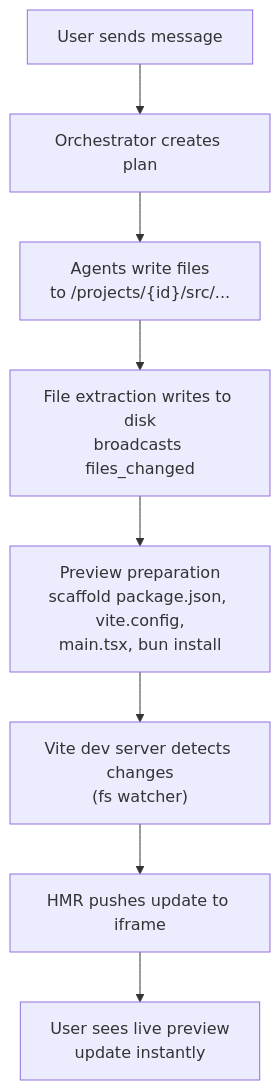
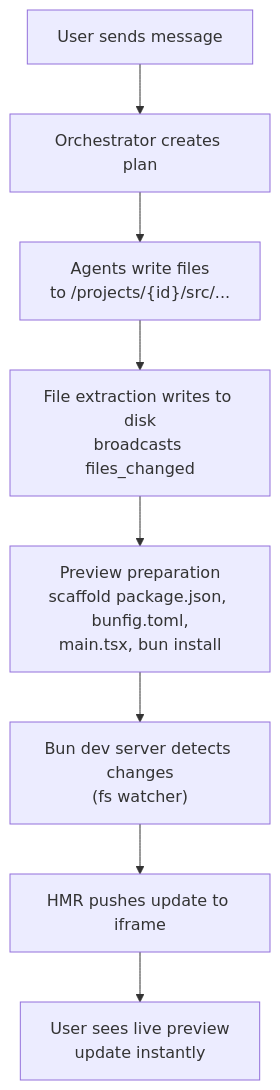
One commit to anthonybaldwin/page-gen changed the diagram in docs/wiki/HMR-Preview.md. Above: the diagram before and after it, drawn with Mermaid. The commit also changed other lines of this file and 10 other files, not shown here.

First line of the commit message:
docs(wiki): update all Vite/Vitest references to Bun

````diff
--- a/docs/wiki/HMR-Preview.md
+++ b/docs/wiki/HMR-Preview.md
@@ -9,10 +9,10 @@
 ```mermaid
 graph TD
   A["User sends message"] --> B["Orchestrator creates plan"]
   B --> C["Agents write files<br>to /projects/{id}/src/..."]
   C --> D["File extraction writes to disk<br>broadcasts files_changed"]
-  D --> E["Preview preparation<br>scaffold package.json, vite.config,<br>main.tsx, bun install"]
-  E --> F["Vite dev server detects changes<br>(fs watcher)"]
+  D --> E["Preview preparation<br>scaffold package.json, bunfig.toml,<br>main.tsx, bun install"]
+  E --> F["Bun dev server detects changes<br>(fs watcher)"]
   F --> G["HMR pushes update to iframe"]
   G --> H["User sees live preview<br>update instantly"]
 ```
````
